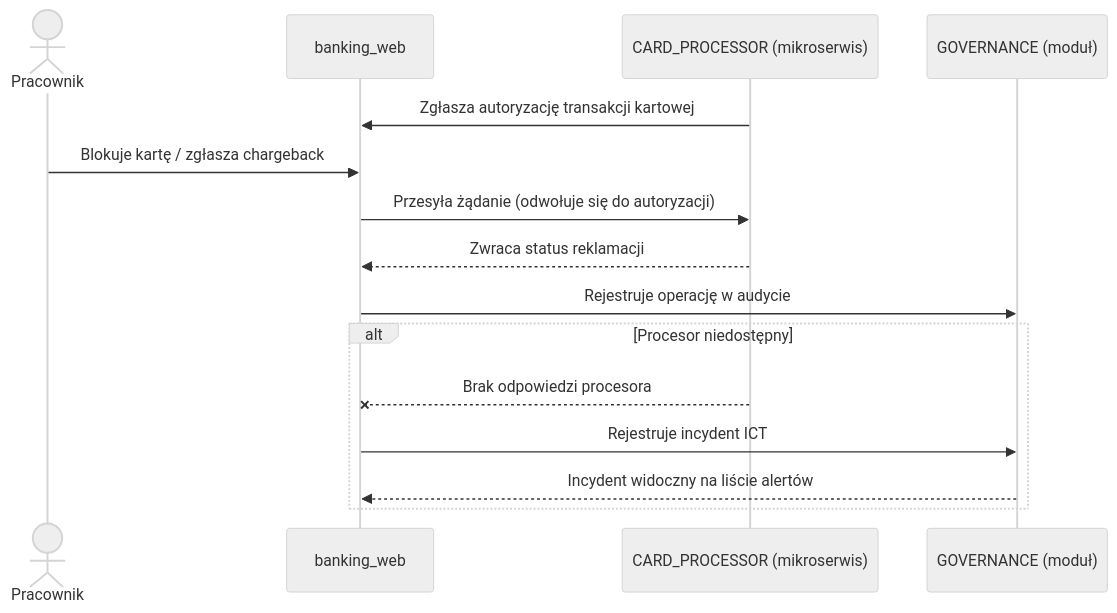
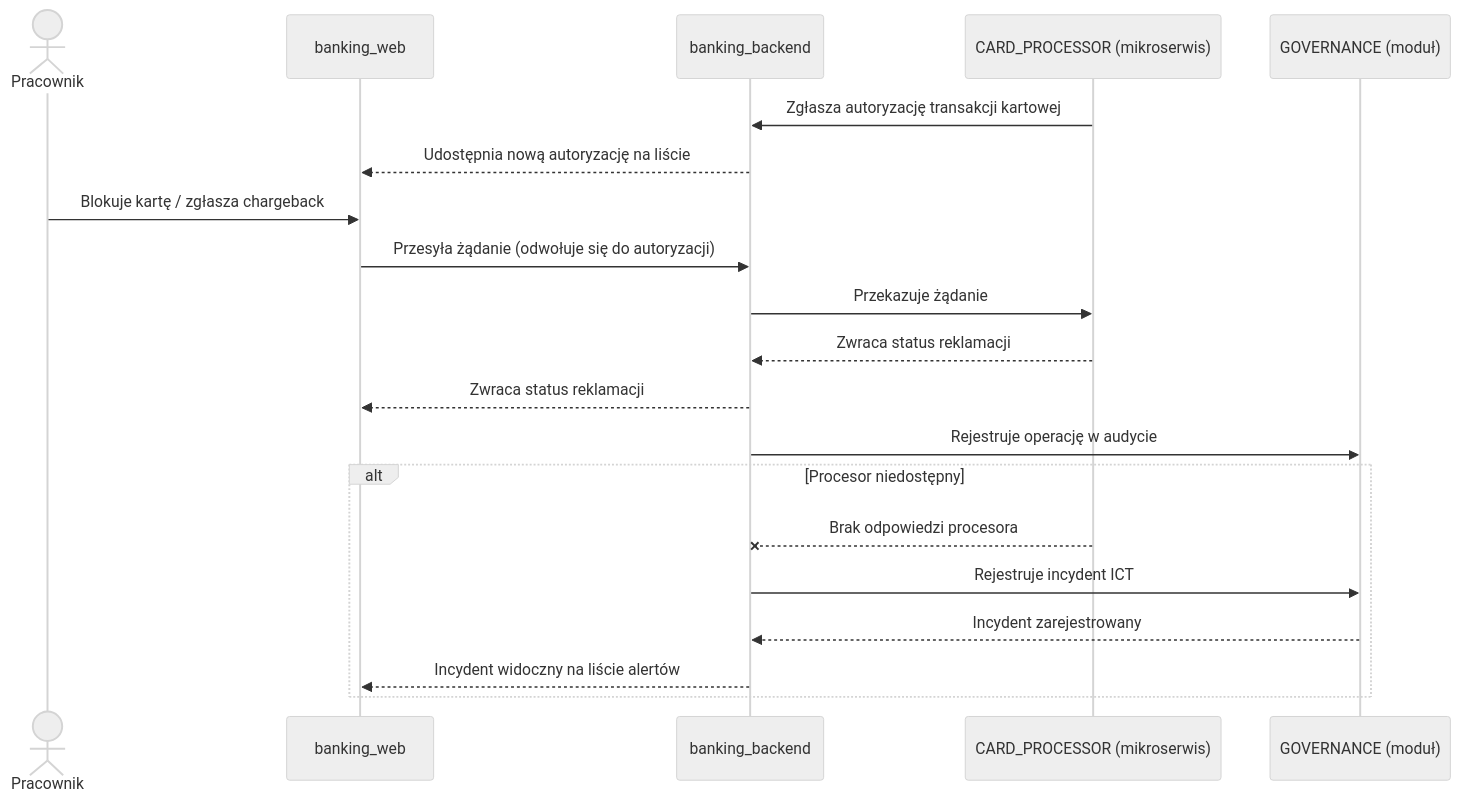
One commit to RobertNeat/Enterprise_Banking_Platform changed the fourth of 8 diagrams in docs/banking_web_functions(concise).md. Above: the diagram before and after it, drawn with Mermaid (neutral theme). The commit also changed other lines of this file and 106 other files, not shown here.

````diff
--- a/docs/banking_web_functions(concise).md
+++ b/docs/banking_web_functions(concise).md
@@ -356,18 +361,23 @@
 ```mermaid
 sequenceDiagram
     actor Pracownik
     participant WEB as banking_web
+    participant BB as banking_backend
     participant CP as CARD_PROCESSOR (mikroserwis)
     participant GOV as GOVERNANCE (moduł)
 
-    CP->>WEB: Zgłasza autoryzację transakcji kartowej
+    CP->>BB: Zgłasza autoryzację transakcji kartowej
+    BB-->>WEB: Udostępnia nową autoryzację na liście
     Pracownik->>WEB: Blokuje kartę / zgłasza chargeback
-    WEB->>CP: Przesyła żądanie (odwołuje się do autoryzacji)
-    CP-->>WEB: Zwraca status reklamacji
-    WEB->>GOV: Rejestruje operację w audycie
+    WEB->>BB: Przesyła żądanie (odwołuje się do autoryzacji)
+    BB->>CP: Przekazuje żądanie
+    CP-->>BB: Zwraca status reklamacji
+    BB-->>WEB: Zwraca status reklamacji
+    BB->>GOV: Rejestruje operację w audycie
     alt Procesor niedostępny
-        CP--xWEB: Brak odpowiedzi procesora
-        WEB->>GOV: Rejestruje incydent ICT
-        GOV-->>WEB: Incydent widoczny na liście alertów
+        CP--xBB: Brak odpowiedzi procesora
+        BB->>GOV: Rejestruje incydent ICT
+        GOV-->>BB: Incydent zarejestrowany
+        BB-->>WEB: Incydent widoczny na liście alertów
     end
 ```
````
